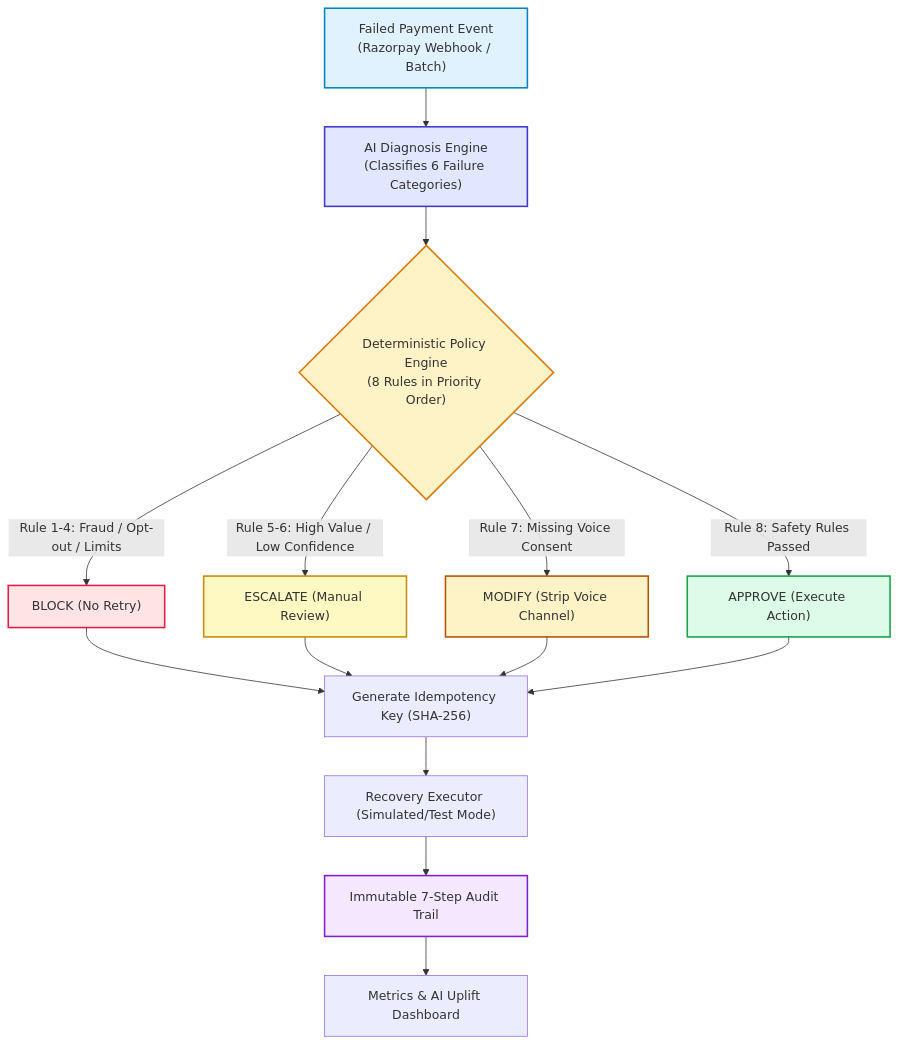
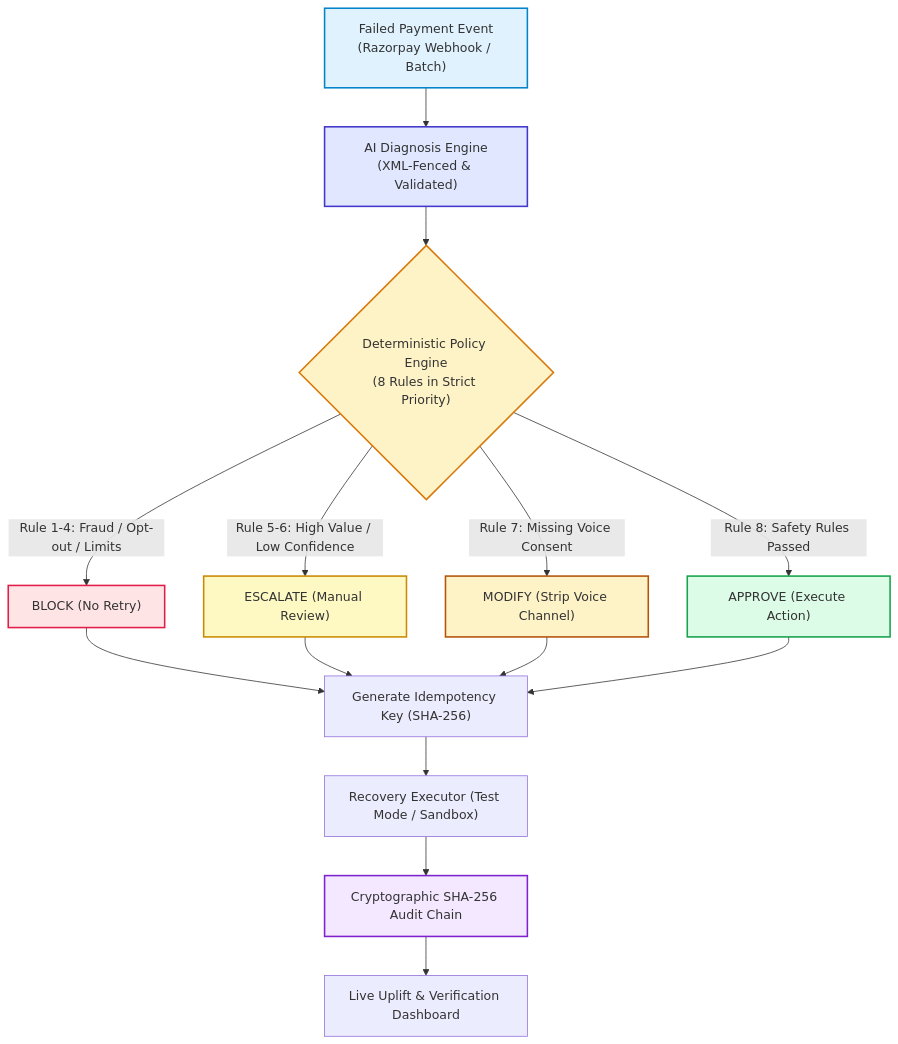
One commit to anishahuja1/RecoverIQ-policy-gated-recovery-agent changed the first of 3 diagrams in README.md. Above: the diagram before and after it, drawn with Mermaid. The commit also changed other lines of this file, not shown here.

````diff
--- a/README.md
+++ b/README.md
@@ -27,28 +48,28 @@
 ```mermaid
 graph TD
-    A["Failed Payment Event<br/>(Razorpay Webhook / Batch)"] --> B["AI Diagnosis Engine<br/>(Classifies 6 Failure Categories)"]
-    B --> C{"Deterministic Policy Engine<br/>(8 Rules in Priority Order)"}
+    A["Failed Payment Event<br/>(Razorpay Webhook / Batch)"] --> B["AI Diagnosis Engine<br/>(XML-Fenced & Validated)"]
+    B --> C{"Deterministic Policy Engine<br/>(8 Rules in Strict Priority)"}
     
     C -->|"Rule 1-4: Fraud / Opt-out / Limits"| D["BLOCK (No Retry)"]
     C -->|"Rule 5-6: High Value / Low Confidence"| E["ESCALATE (Manual Review)"]
     C -->|"Rule 7: Missing Voice Consent"| F["MODIFY (Strip Voice Channel)"]
     C -->|"Rule 8: Safety Rules Passed"| G["APPROVE (Execute Action)"]
     
     D --> H["Generate Idempotency Key (SHA-256)"]
     E --> H
     F --> H
     G --> H
     
-    H --> I["Recovery Executor (Simulated/Test Mode)"]
-    I --> J["Immutable 7-Step Audit Trail"]
-    J --> K["Metrics & AI Uplift Dashboard"]
+    H --> I["Recovery Executor (Test Mode / Sandbox)"]
+    I --> J["Cryptographic SHA-256 Audit Chain"]
+    J --> K["Live Uplift & Verification Dashboard"]
 
     style A fill:#e0f2fe,stroke:#0284c7,stroke-width:2px;
     style B fill:#e0e7ff,stroke:#4338ca,stroke-width:2px;
     style C fill:#fef3c7,stroke:#d97706,stroke-width:2px;
     style D fill:#ffe4e6,stroke:#e11d48,stroke-width:2px;
     style E fill:#fef9c3,stroke:#ca8a04,stroke-width:2px;
     style F fill:#fef3c7,stroke:#b45309,stroke-width:2px;
     style G fill:#dcfce7,stroke:#16a34a,stroke-width:2px;
     style J fill:#f3e8ff,stroke:#7e22ce,stroke-width:2px;
 ```
````
